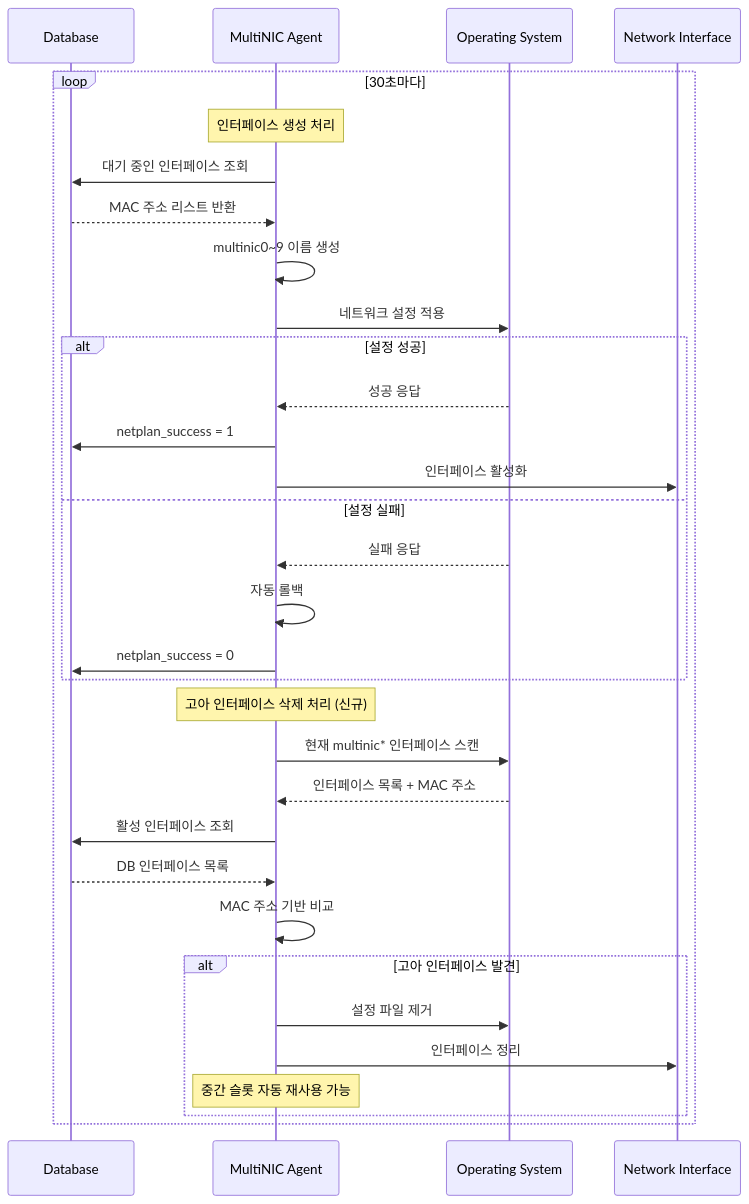
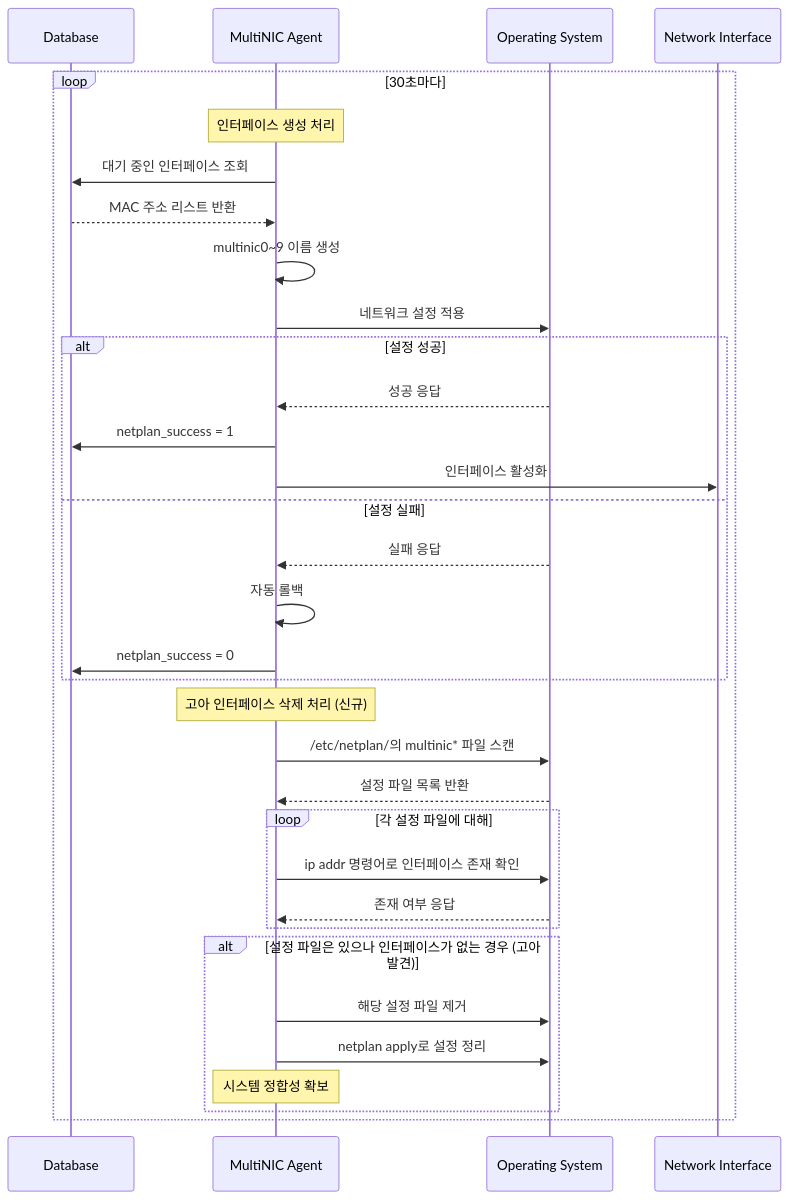
The second of 2 diagrams in README_TEAM.md (Minzino/multinic-agent), drawn with Mermaid before and after one commit. The commit also changed 2 other files, not shown here.

Commit message:
docs: README의 고아 인터페이스 삭제 로직 설명 수정
README.md와 README_TEAM.md에 기술된 고아 인터페이스 삭제 로직을 실제 구현과 일치하도록 업데이트합니다.

- 기존 방식: 시스템에 존재하는 인터페이스와 DB를 비교

- 변경된 방식: Netplan 설정 파일과 실제 인터페이스 존재 여부를 비교

또한, README_TEAM.md의 제목을 'MultiNIC Agent'로 명확히 하여 문서의 목적을 정확히 나타내도록 수정합니다.

````diff
--- a/README_TEAM.md
+++ b/README_TEAM.md
@@ -227,39 +227,39 @@
 ```mermaid
 sequenceDiagram
     participant DB as Database
     participant Agent as MultiNIC Agent
     participant OS as Operating System
     participant NIC as Network Interface
 
     loop 30초마다
         Note over Agent: 인터페이스 생성 처리
         Agent->>DB: 대기 중인 인터페이스 조회
         DB-->>Agent: MAC 주소 리스트 반환
         
         Agent->>Agent: multinic0~9 이름 생성
         Agent->>OS: 네트워크 설정 적용
         
         alt 설정 성공
             OS-->>Agent: 성공 응답
             Agent->>DB: netplan_success = 1
             Agent->>NIC: 인터페이스 활성화
         else 설정 실패
             OS-->>Agent: 실패 응답
             Agent->>Agent: 자동 롤백
             Agent->>DB: netplan_success = 0
         end
         
         Note over Agent: 고아 인터페이스 삭제 처리 (신규)
-        Agent->>OS: 현재 multinic* 인터페이스 스캔
-        OS-->>Agent: 인터페이스 목록 + MAC 주소
-        Agent->>DB: 활성 인터페이스 조회
-        DB-->>Agent: DB 인터페이스 목록
-        
-        Agent->>Agent: MAC 주소 기반 비교
-        alt 고아 인터페이스 발견
-            Agent->>OS: 설정 파일 제거
-            Agent->>NIC: 인터페이스 정리
-            Note over Agent: 중간 슬롯 자동 재사용 가능
-        end
+    Agent->>OS: /etc/netplan/의 multinic* 파일 스캔
+    OS-->>Agent: 설정 파일 목록 반환
+    loop 각 설정 파일에 대해
+        Agent->>OS: ip addr 명령어로 인터페이스 존재 확인
+        OS-->>Agent: 존재 여부 응답
+    end
+    alt 설정 파일은 있으나 인터페이스가 없는 경우 (고아 발견)
+        Agent->>OS: 해당 설정 파일 제거
+        Agent->>OS: netplan apply로 설정 정리
+        Note over Agent: 시스템 정합성 확보
+    end
     end
 ```
````
